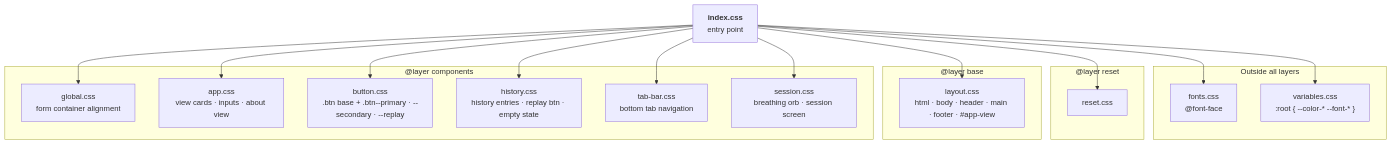
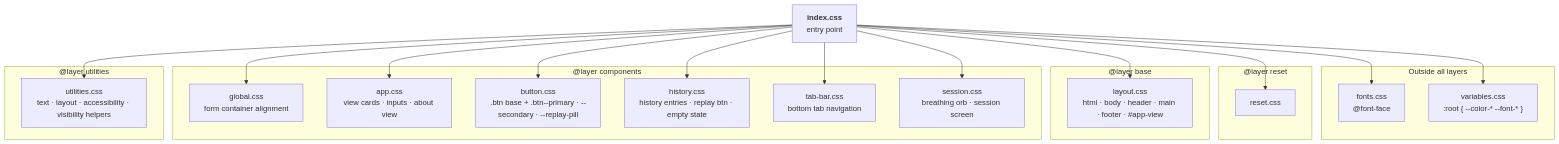
Before and after one commit to danielabar/just-breathe: the second of 2 diagrams in docs/css-architecture.md, drawn with Mermaid. The commit also changed other lines of this file and 7 other files, not shown here.

````diff
--- a/docs/css-architecture.md
+++ b/docs/css-architecture.md
@@ -75,37 +76,42 @@
 ```mermaid
 graph TD
     idx["<b>index.css</b>\nentry point"]
 
     subgraph outside ["Outside all layers"]
         fonts["fonts.css\n@font-face"]
         vars["variables.css\n:root { --color-* --font-* }"]
     end
 
     subgraph reset_layer ["@layer reset"]
         reset["reset.css"]
     end
 
     subgraph base_layer ["@layer base"]
         layout["layout.css\nhtml · body · header · main · footer · #app-view"]
     end
 
     subgraph components_layer ["@layer components"]
         global["global.css\nform container alignment"]
         app["app.css\nview cards · inputs · about view"]
-        button["button.css\n.btn base + .btn--primary · --secondary · --replay"]
+        button["button.css\n.btn base + .btn--primary · --secondary · --replay-pill"]
         history["history.css\nhistory entries · replay btn · empty state"]
         tabbar["tab-bar.css\nbottom tab navigation"]
         session["session.css\nbreathing orb · session screen"]
+    end
+
+    subgraph utilities_layer ["@layer utilities"]
+        utilities["utilities.css\ntext · layout · accessibility · visibility helpers"]
     end
 
     idx --> fonts
     idx --> vars
     idx --> reset
     idx --> layout
     idx --> global
     idx --> app
     idx --> button
     idx --> history
     idx --> tabbar
     idx --> session
+    idx --> utilities
 ```
````
